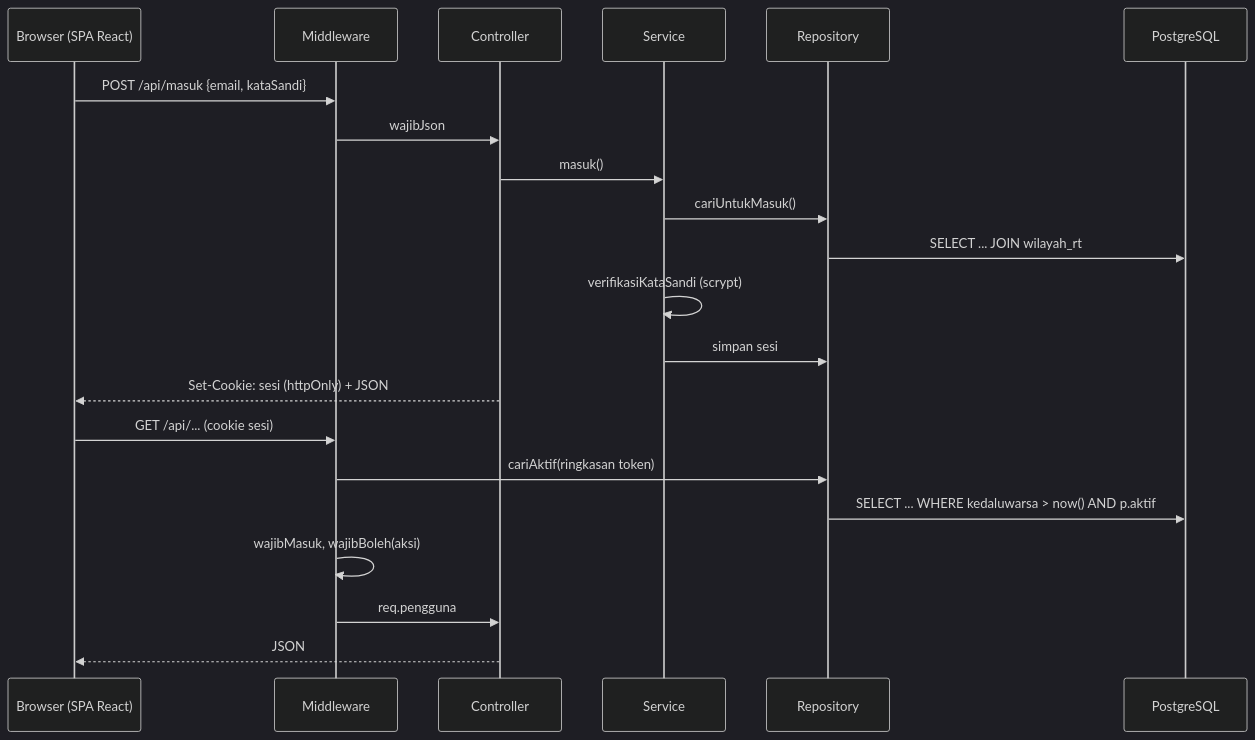
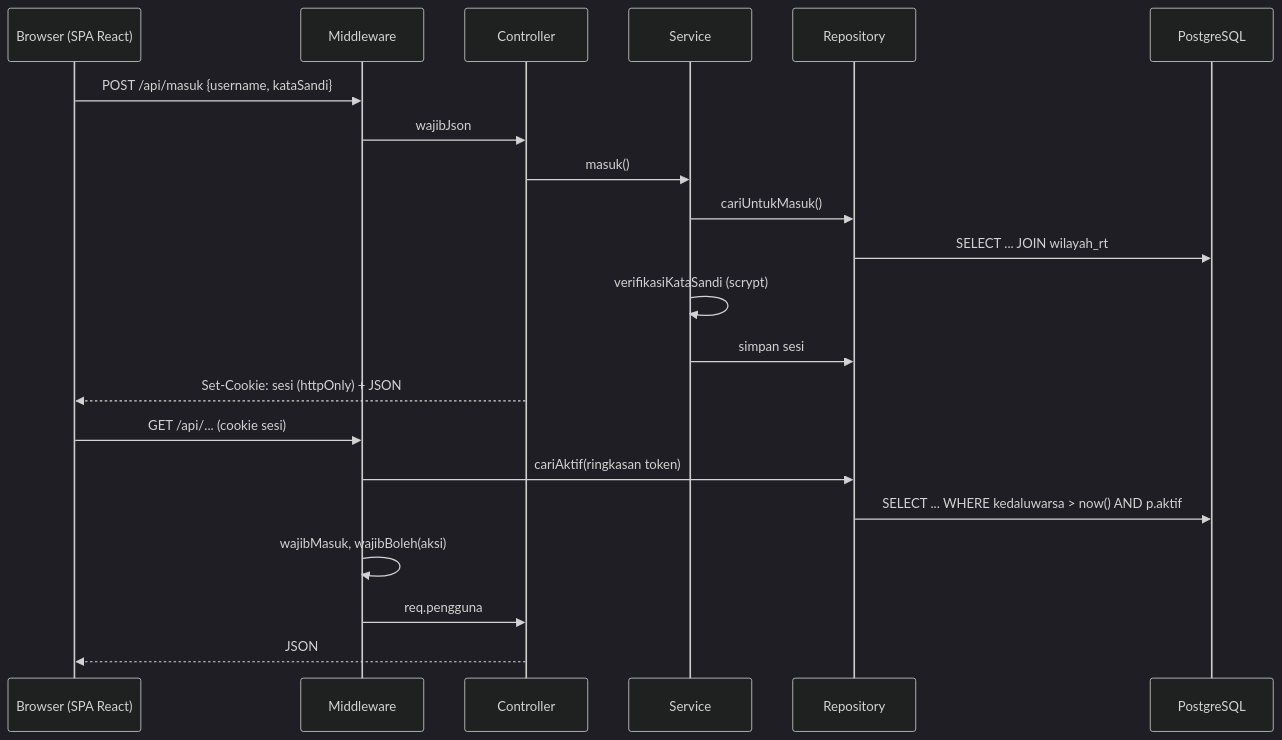
Before and after one commit to khairuonwork/kkn_posyandu_tulip: the diagram in docs/arsitektur.md, drawn with Mermaid (dark theme). The commit also changed other lines of this file and 115 other files, not shown here.

````diff
--- a/docs/arsitektur.md
+++ b/docs/arsitektur.md
@@ -54,25 +54,25 @@
 ```mermaid
 sequenceDiagram
     participant B as Browser (SPA React)
     participant M as Middleware
     participant C as Controller
     participant S as Service
     participant R as Repository
     participant D as PostgreSQL
 
-    B->>M: POST /api/masuk {email, kataSandi}
+    B->>M: POST /api/masuk {username, kataSandi}
     M->>C: wajibJson
     C->>S: masuk()
     S->>R: cariUntukMasuk()
     R->>D: SELECT ... JOIN wilayah_rt
     S->>S: verifikasiKataSandi (scrypt)
     S->>R: simpan sesi
     C-->>B: Set-Cookie: sesi (httpOnly) + JSON
 
     B->>M: GET /api/... (cookie sesi)
     M->>R: cariAktif(ringkasan token)
     R->>D: SELECT ... WHERE kedaluwarsa > now() AND p.aktif
     M->>M: wajibMasuk, wajibBoleh(aksi)
     M->>C: req.pengguna
     C-->>B: JSON
 ```
````
